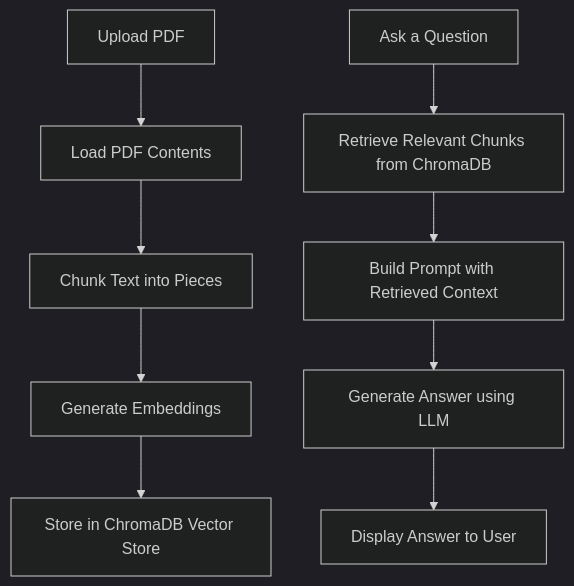
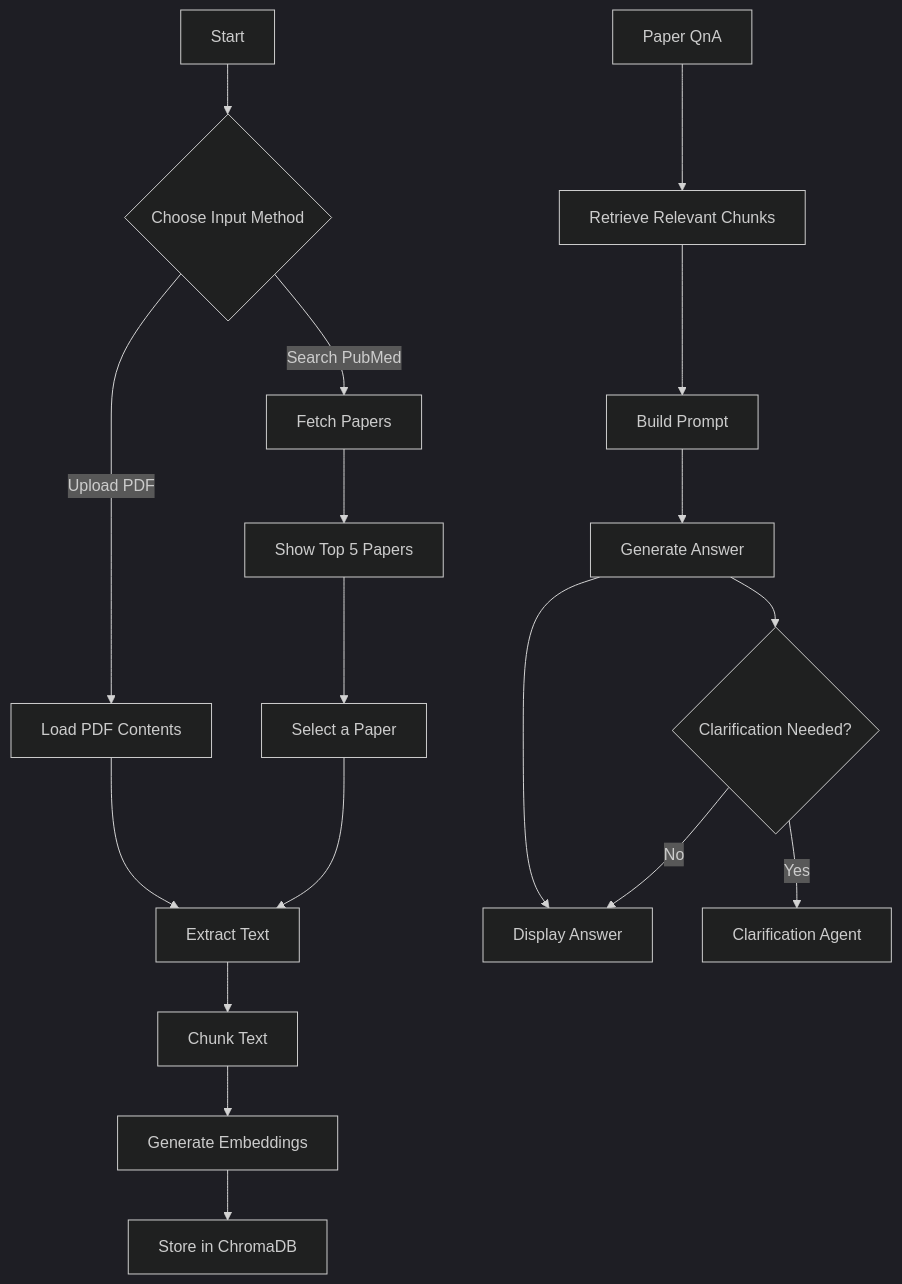
One commit to RishabhSpark/Research-Paper-Copilot changed the diagram in README.md. Above: the diagram before and after it, drawn with Mermaid (dark theme). The commit also changed other lines of this file, not shown here.

````diff
--- a/README.md
+++ b/README.md
@@ -33,11 +38,20 @@
 ```mermaid
 flowchart TD
-    A[Upload PDF] --> B[Load PDF Contents]
-    B --> C[Chunk Text into Pieces]
-    C --> D[Generate Embeddings]
-    D --> E[Store in ChromaDB Vector Store]
-    F[Ask a Question] --> G[Retrieve Relevant Chunks from ChromaDB]
-    G --> H[Build Prompt with Retrieved Context]
-    H --> I[Generate Answer using LLM]
-    I --> J[Display Answer to User]
+    A[Start] --> B{Choose Input Method}
+    B -->|Upload PDF| C[Load PDF Contents]
+    B -->|Search PubMed| D[Fetch Papers]
+    D --> E[Show Top 5 Papers]
+    E --> F[Select a Paper]
+    C --> G[Extract Text]
+    F --> G
+    G --> H[Chunk Text]
+    H --> I[Generate Embeddings]
+    I --> J[Store in ChromaDB]
+    K[Paper QnA] --> L[Retrieve Relevant Chunks]
+    L --> M[Build Prompt]
+    M --> N[Generate Answer]
+    N --> O[Display Answer]
+    N --> P{Clarification Needed?}
+    P -->|Yes| Q[Clarification Agent]
+    P -->|No| O
 ```
````
